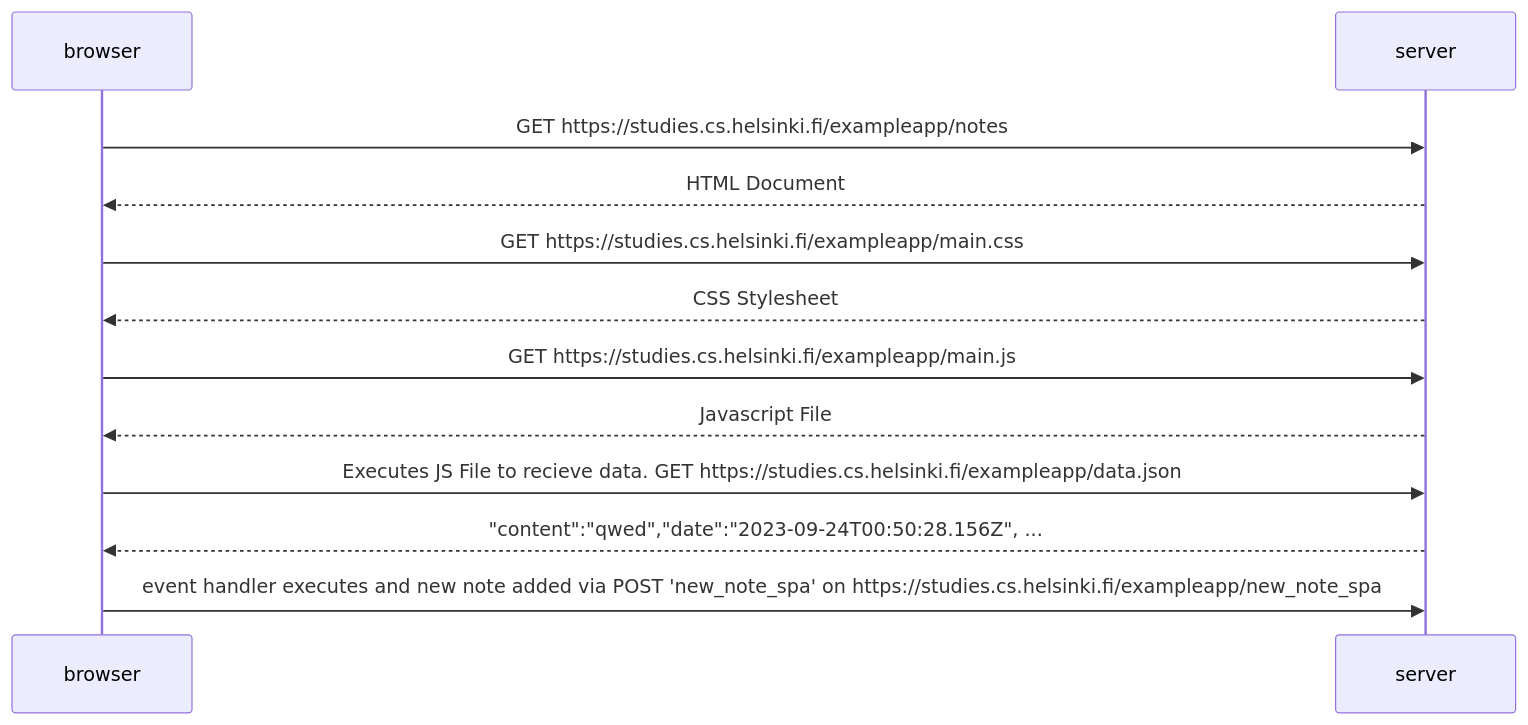
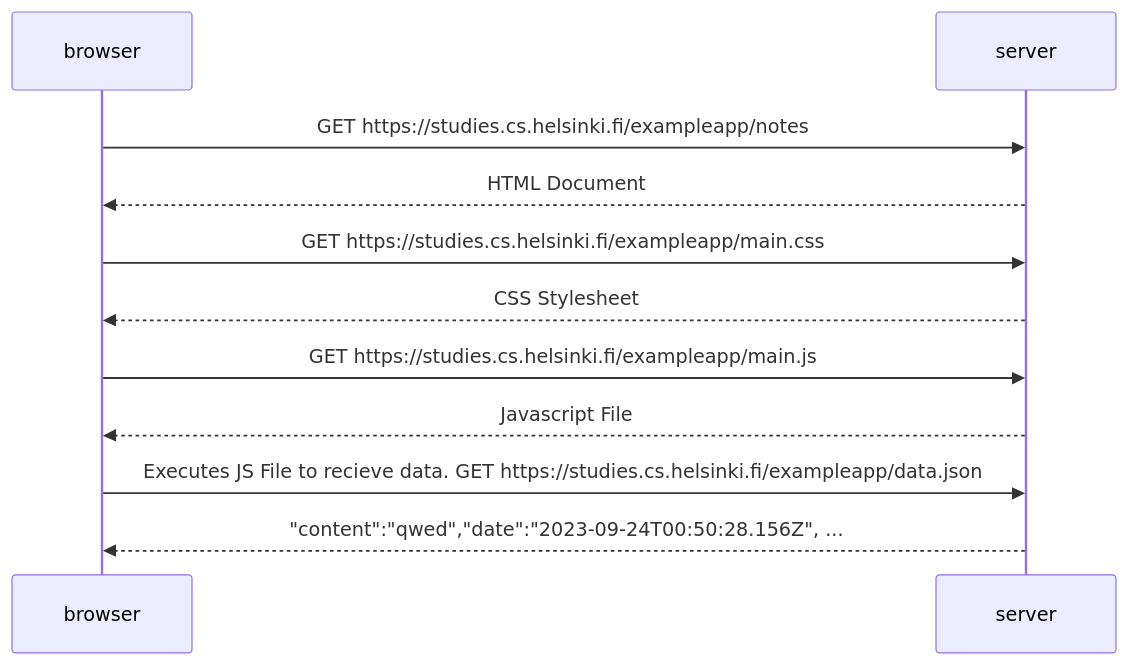
The diagram in part0/0-5.md (adrian-qorbani/fullstackopen), drawn with Mermaid before and after one commit. The commit also changed 1 other file, not shown here.

Commit message:
solutions added

````diff
--- a/part0/0-5.md
+++ b/part0/0-5.md
@@ -4,12 +4,11 @@
 ```mermaid
 sequenceDiagram;
   browser->>server: GET https://studies.cs.helsinki.fi/exampleapp/notes
   server-->>browser: HTML Document
   browser->>server: GET https://studies.cs.helsinki.fi/exampleapp/main.css
   server-->>browser: CSS Stylesheet
   browser->>server: GET https://studies.cs.helsinki.fi/exampleapp/main.js
   server-->>browser: Javascript File
   browser->>server: Executes JS File to recieve data. GET https://studies.cs.helsinki.fi/exampleapp/data.json
   server-->>browser: "content":"qwed","date":"2023-09-24T00:50:28.156Z", ...
-  browser->>server: event handler executes and new note added via POST 'new_note_spa' on https://studies.cs.helsinki.fi/exampleapp/new_note_spa
 ```
````
